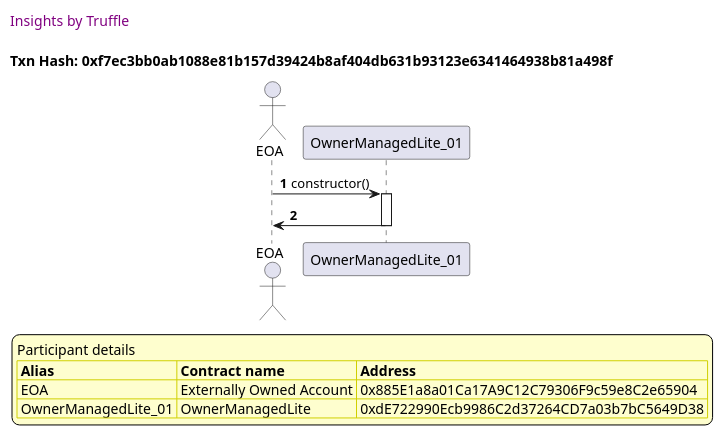
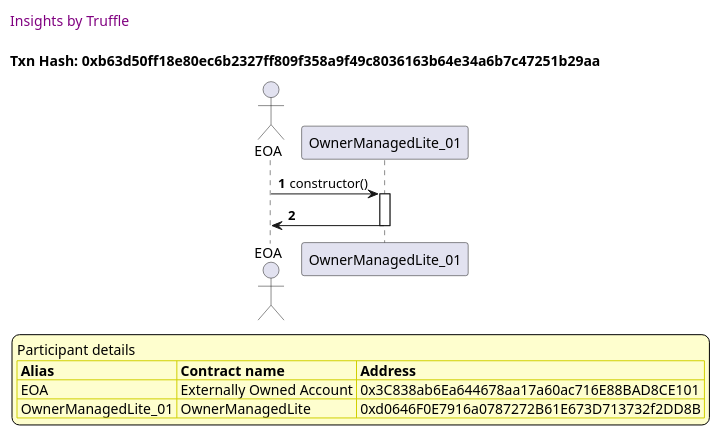
The first of 49 diagrams in truffle-seq/OwnerManagedLite_test_remove_owner.md (thedarkjester/ConsensysAssignment), drawn with PlantUML before and after one commit. The commit also changed other lines of this file and 13 other files, not shown here.

````diff
--- a/truffle-seq/OwnerManagedLite_test_remove_owner.md
+++ b/truffle-seq/OwnerManagedLite_test_remove_owner.md
@@ -13,37 +13,37 @@
 ```plantuml
 
 
 @startuml
 
 autonumber
 skinparam legendBackgroundColor #FEFECE
 
 <style>
       header {
         HorizontalAlignment left
         FontColor purple
         FontSize 14
         Padding 10
       }
     </style>
 
 header Insights by Truffle
 
-title Txn Hash: 0xf7ec3bb0ab1088e81b157d39424b8af404db631b93123e6341464938b81a498f
+title Txn Hash: 0xb63d50ff18e80ec6b2327ff809f358a9f49c8036163b64e34a6b7c47251b29aa
 
 
 actor EOA as "EOA"
 participant OwnerManagedLite_01 as "OwnerManagedLite_01"
 
 "EOA" -> "OwnerManagedLite_01" ++: constructor()
 "OwnerManagedLite_01" -> "EOA" --: 
 
 legend
 Participant details
 <#FEFECE,#D0D000>|= Alias |= Contract name |= Address |
-<#FEFECE>| EOA | Externally Owned Account | 0x885E1a8a01Ca17A9C12C79306F9c59e8C2e65904 |
-<#FEFECE>| OwnerManagedLite_01 | OwnerManagedLite | 0xdE722990Ecb9986C2d37264CD7a03b7bC5649D38 |
+<#FEFECE>| EOA | Externally Owned Account | 0x3C838ab6Ea644678aa17a60ac716E88BAD8CE101 |
+<#FEFECE>| OwnerManagedLite_01 | OwnerManagedLite | 0xd0646F0E7916a0787272B61E673D713732f2DD8B |
 endlegend
 
 @enduml
 ```
````
